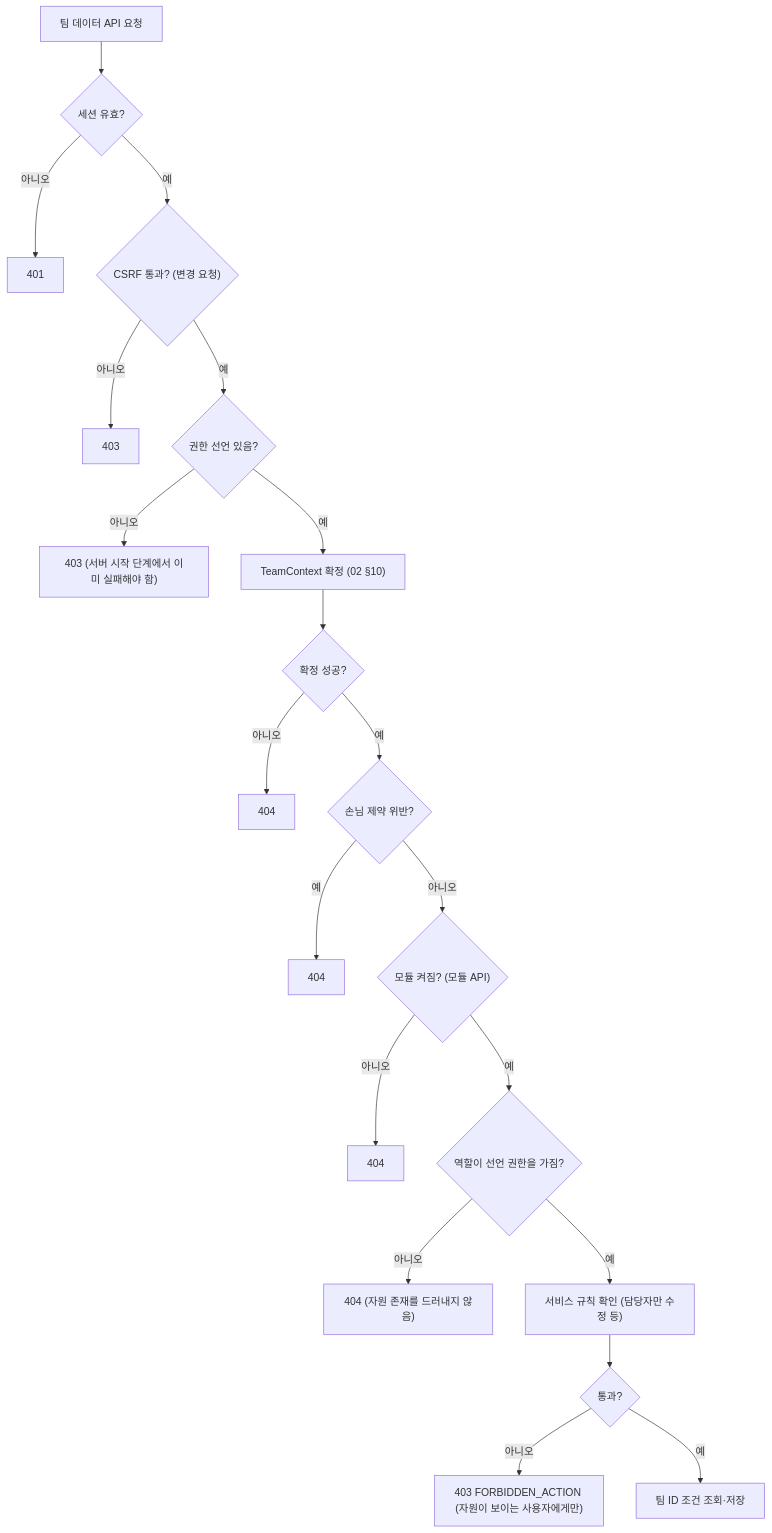
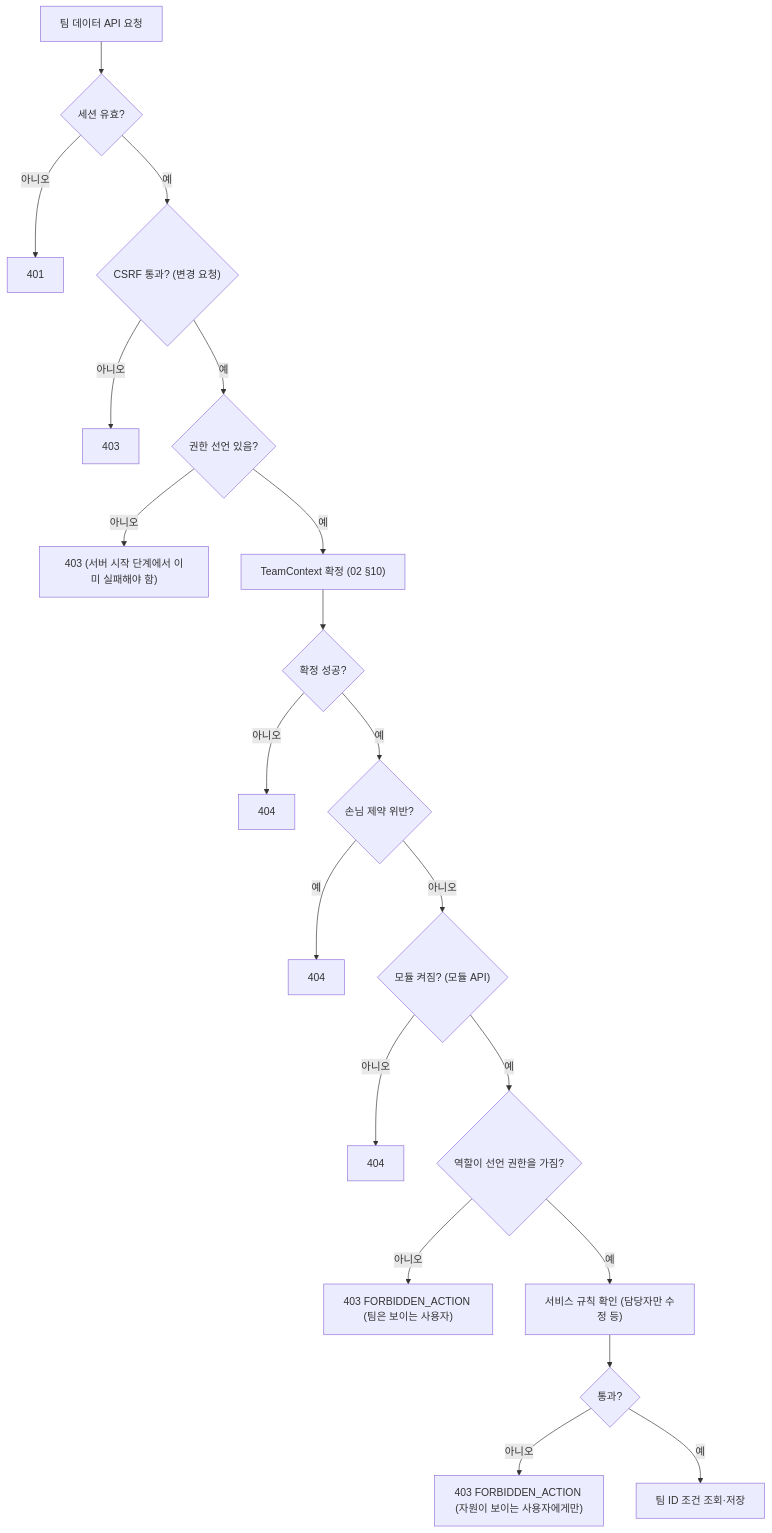
Before and after one commit to poseybutter/reberu: the fourth of 4 diagrams in docs/architecture/security.md, drawn with Mermaid. The commit also changed other lines of this file and 51 other files, not shown here.

````diff
--- a/docs/architecture/security.md
+++ b/docs/architecture/security.md
@@ -265,22 +265,22 @@
 ```mermaid
 flowchart TD
     R["팀 데이터 API 요청"] --> A{"세션 유효?"}
     A -- 아니오 --> X1["401"]
     A -- 예 --> B{"CSRF 통과? (변경 요청)"}
     B -- 아니오 --> X2["403"]
     B -- 예 --> C{"권한 선언 있음?"}
     C -- 아니오 --> X3["403 (서버 시작 단계에서 이미 실패해야 함)"]
     C -- 예 --> D["TeamContext 확정 (02 §10)"]
     D --> E{"확정 성공?"}
     E -- 아니오 --> X4["404"]
     E -- 예 --> F{"손님 제약 위반?"}
     F -- 예 --> X5["404"]
     F -- 아니오 --> G{"모듈 켜짐? (모듈 API)"}
     G -- 아니오 --> X6["404"]
     G -- 예 --> H{"역할이 선언 권한을 가짐?"}
-    H -- 아니오 --> X7["404 (자원 존재를 드러내지 않음)"]
+    H -- 아니오 --> X7["403 FORBIDDEN_ACTION (팀은 보이는 사용자)"]
     H -- 예 --> I["서비스 규칙 확인 (담당자만 수정 등)"]
     I --> J{"통과?"}
     J -- 아니오 --> X8["403 FORBIDDEN_ACTION (자원이 보이는 사용자에게만)"]
     J -- 예 --> K["팀 ID 조건 조회·저장"]
 ```
````
